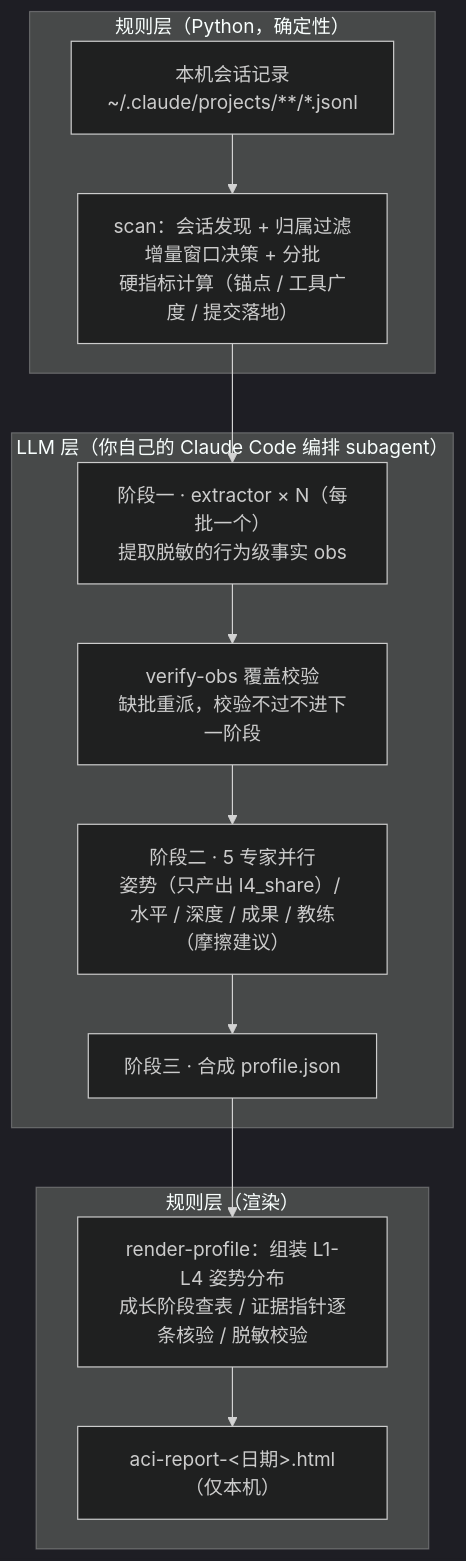
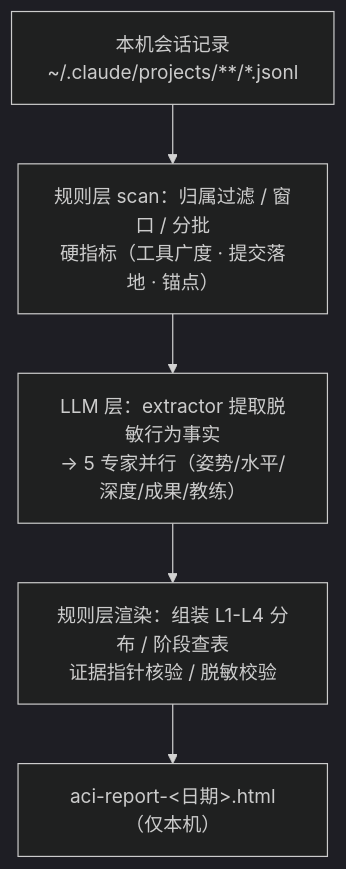
Before and after one commit to BigKunLun/AI-Coding-Insights: the diagram in README.md, drawn with Mermaid (dark theme). The commit also changed other lines of this file, not shown here.

````diff
--- a/README.md
+++ b/README.md
@@ -58,16 +66,7 @@
 ```mermaid
 flowchart TB
-    subgraph R1["规则层（Python，确定性）"]
-        A["本机会话记录<br/>~/.claude/projects/**/*.jsonl"] --> B["scan：会话发现 + 归属过滤<br/>增量窗口决策 + 分批<br/>硬指标计算（锚点 / 工具广度 / 提交落地）"]
-    end
-    subgraph L["LLM 层（你自己的 Claude Code 编排 subagent）"]
-        B --> C["阶段一 · extractor × N（每批一个）<br/>提取脱敏的行为级事实 obs"]
-        C --> D["verify-obs 覆盖校验<br/>缺批重派，校验不过不进下一阶段"]
-        D --> E["阶段二 · 5 专家并行<br/>姿势（只产出 l4_share）/ 水平 / 深度 / 成果 / 教练（摩擦建议）"]
-        E --> F["阶段三 · 合成 profile.json"]
-    end
-    subgraph R2["规则层（渲染）"]
-        F --> G["render-profile：组装 L1-L4 姿势分布<br/>成长阶段查表 / 证据指针逐条核验 / 脱敏校验"]
-        G --> H["aci-report-&lt;日期&gt;.html（仅本机）"]
-    end
+    A["本机会话记录<br/>~/.claude/projects/**/*.jsonl"] --> B["规则层 scan：归属过滤 / 窗口 / 分批<br/>硬指标（工具广度 · 提交落地 · 锚点）"]
+    B --> C["LLM 层：extractor 提取脱敏行为事实<br/>→ 5 专家并行（姿势/水平/深度/成果/教练）"]
+    C --> D["规则层渲染：组装 L1-L4 分布 / 阶段查表<br/>证据指针核验 / 脱敏校验"]
+    D --> E["aci-report-&lt;日期&gt;.html（仅本机）"]
 ```
````
